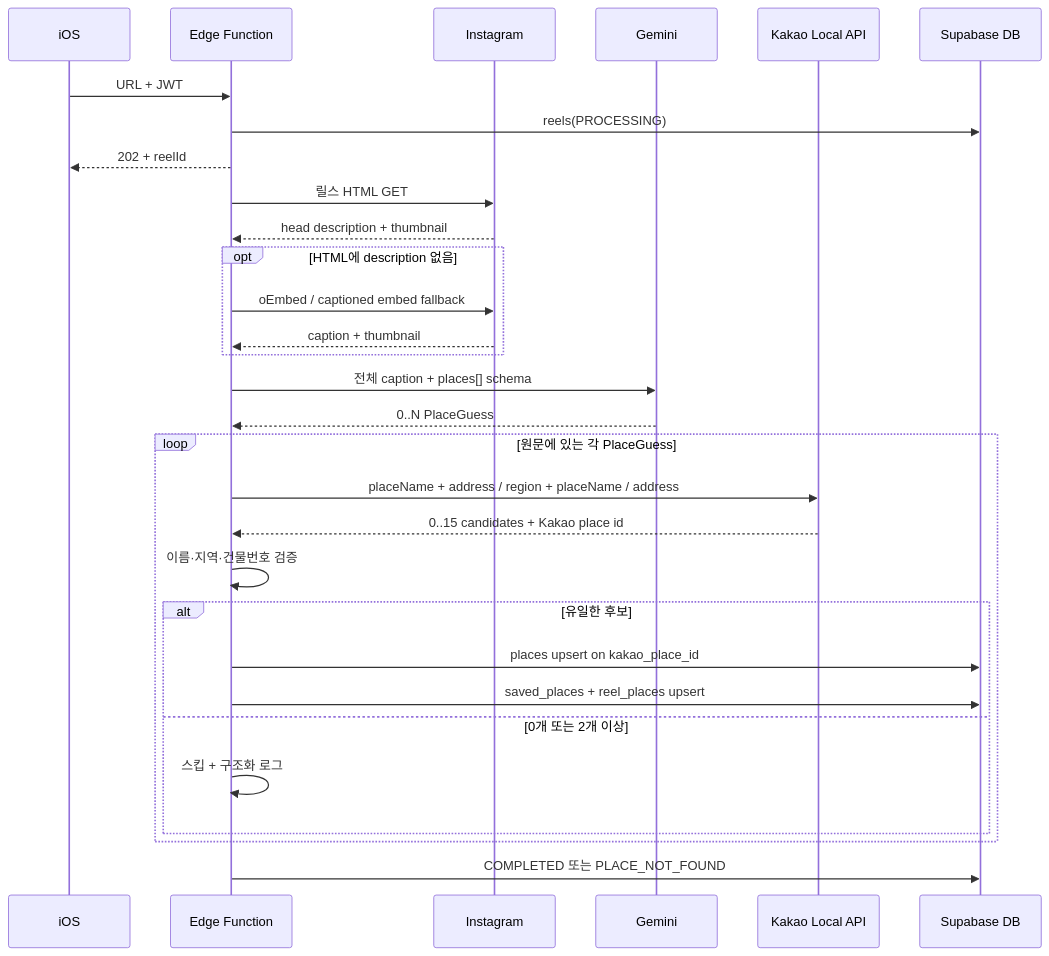
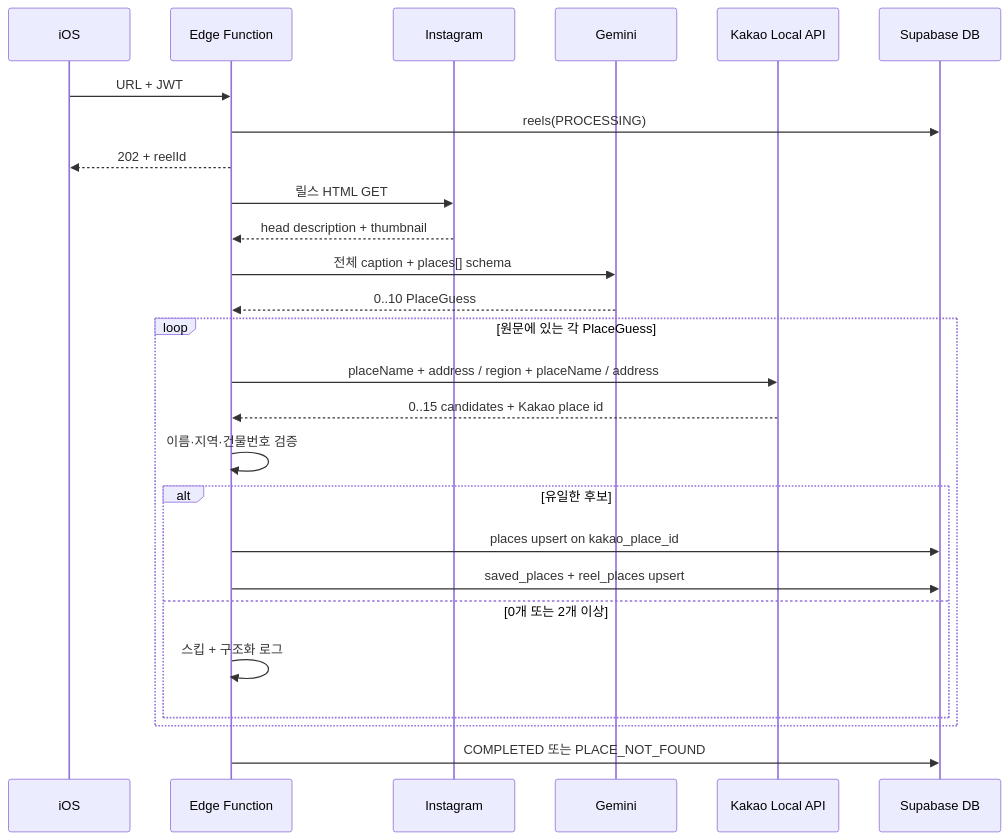
One commit to Jiihyun/yeogidam changed the second of 2 diagrams in docs/mvp-place-matching-release-report.md. Above: the diagram before and after it, drawn with Mermaid. The commit also changed other lines of this file and 6 other files, not shown here.

````diff
--- a/docs/mvp-place-matching-release-report.md
+++ b/docs/mvp-place-matching-release-report.md
@@ -65,33 +63,29 @@
 ```mermaid
 sequenceDiagram
     participant App as iOS
     participant Fn as Edge Function
     participant IG as Instagram
     participant AI as Gemini
     participant K as Kakao Local API
     participant DB as Supabase DB
 
     App->>Fn: URL + JWT
     Fn->>DB: reels(PROCESSING)
     Fn-->>App: 202 + reelId
     Fn->>IG: 릴스 HTML GET
     IG-->>Fn: head description + thumbnail
-    opt HTML에 description 없음
-        Fn->>IG: oEmbed / captioned embed fallback
-        IG-->>Fn: caption + thumbnail
-    end
     Fn->>AI: 전체 caption + places[] schema
-    AI-->>Fn: 0..N PlaceGuess
+    AI-->>Fn: 0..10 PlaceGuess
     loop 원문에 있는 각 PlaceGuess
         Fn->>K: placeName + address / region + placeName / address
         K-->>Fn: 0..15 candidates + Kakao place id
         Fn->>Fn: 이름·지역·건물번호 검증
         alt 유일한 후보
             Fn->>DB: places upsert on kakao_place_id
             Fn->>DB: saved_places + reel_places upsert
         else 0개 또는 2개 이상
             Fn->>Fn: 스킵 + 구조화 로그
         end
     end
     Fn->>DB: COMPLETED 또는 PLACE_NOT_FOUND
 ```
````
